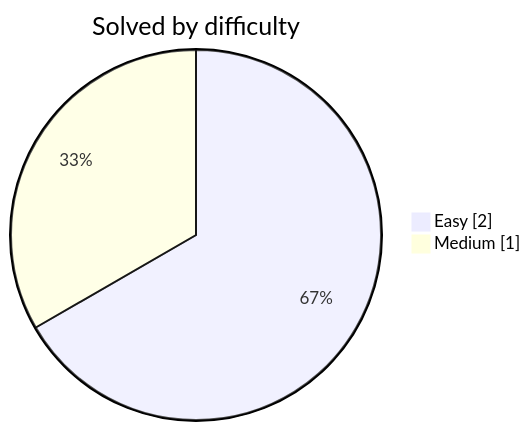
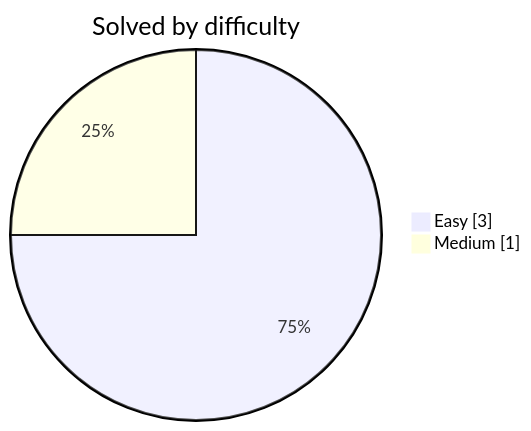
One commit to DwijeshD/leetcode-solutions changed the diagram in README.md. Above: the diagram before and after it, drawn with Mermaid. The commit also changed other lines of this file and 2 other files, not shown here.

````diff
--- a/README.md
+++ b/README.md
@@ -31,6 +31,6 @@
 ```mermaid
 pie showData
     title Solved by difficulty
-    "Easy" : 2
+    "Easy" : 3
     "Medium" : 1
 ```
````
